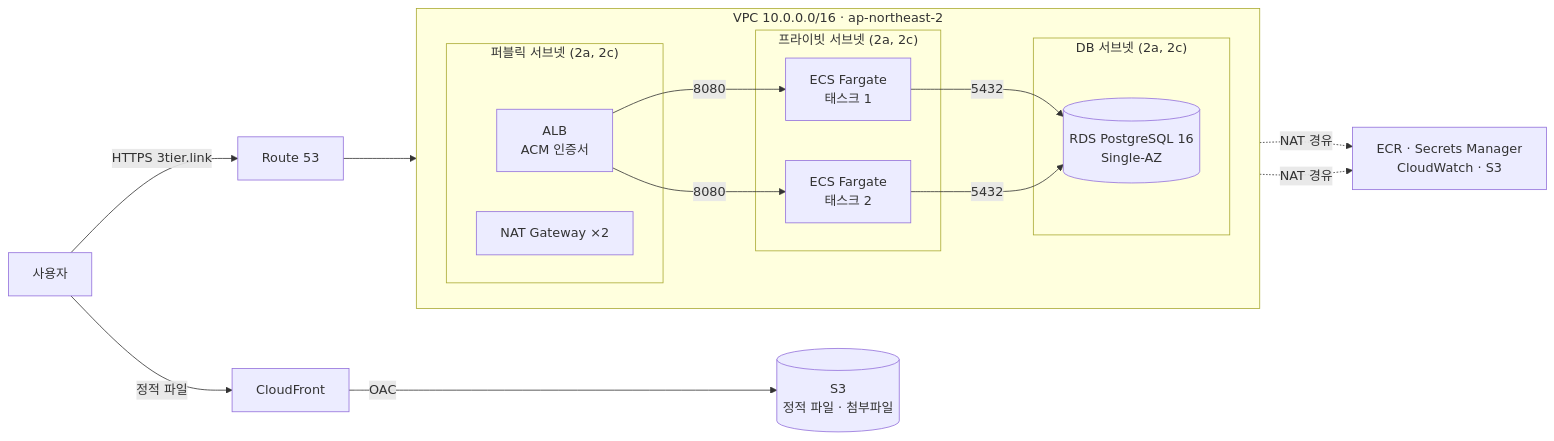
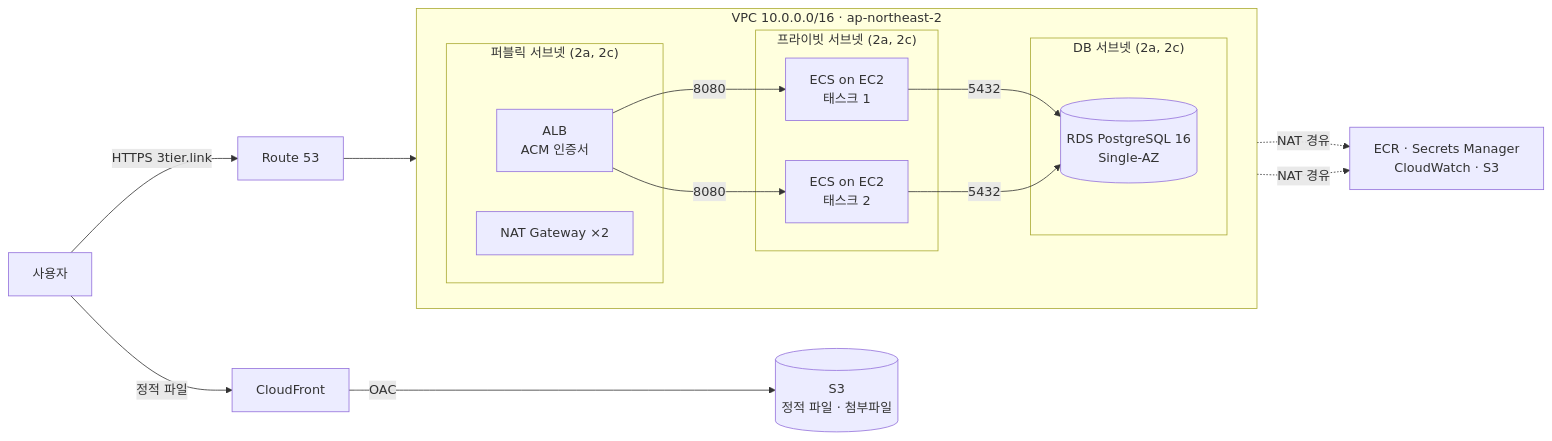
Before and after one commit to DDongHyun00/3-tier-terraform-ecs: the first of 4 diagrams in docs/architecture.md, drawn with Mermaid. The commit also changed other lines of this file and 5 other files, not shown here.

````diff
--- a/docs/architecture.md
+++ b/docs/architecture.md
@@ -7,29 +7,29 @@
 ```mermaid
 flowchart LR
     U[사용자] -->|HTTPS 3tier.link| R53[Route 53]
     R53 --> ALB
 
     subgraph VPC["VPC 10.0.0.0/16 · ap-northeast-2"]
         direction LR
         subgraph PUB["퍼블릭 서브넷 (2a, 2c)"]
             ALB[ALB<br/>ACM 인증서]
             NAT[NAT Gateway ×2]
         end
         subgraph PRIV["프라이빗 서브넷 (2a, 2c)"]
-            T1[ECS Fargate<br/>태스크 1]
-            T2[ECS Fargate<br/>태스크 2]
+            T1[ECS on EC2<br/>태스크 1]
+            T2[ECS on EC2<br/>태스크 2]
         end
         subgraph DB["DB 서브넷 (2a, 2c)"]
             RDS[(RDS PostgreSQL 16<br/>Single-AZ)]
         end
     end
 
     ALB -->|8080| T1
     ALB -->|8080| T2
     T1 -->|5432| RDS
     T2 -->|5432| RDS
     T1 -.->|NAT 경유| EXT[ECR · Secrets Manager<br/>CloudWatch · S3]
     T2 -.->|NAT 경유| EXT
     CF[CloudFront] -->|OAC| S3[(S3<br/>정적 파일 · 첨부파일)]
     U -->|정적 파일| CF
 ```
````
